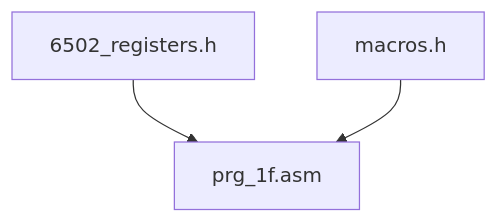
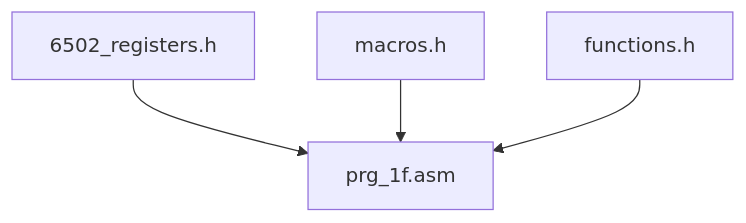
One commit to rabbyzero/sango2dasm changed the sixth of 6 diagrams in .qoder/repowiki/en/content/Hardware Abstraction Layer/PPU and APU Register Definitions.md. Above: the diagram before and after it, drawn with Mermaid. The commit also changed other lines of this file and 34 other files, not shown here.

````diff
--- a/.qoder/repowiki/en/content/Hardware Abstraction Layer/PPU and APU Register Definitions.md
+++ b/.qoder/repowiki/en/content/Hardware Abstraction Layer/PPU and APU Register Definitions.md
@@ -282,8 +321,10 @@
 ```mermaid
 graph TB
 REG["6502_registers.h"]
 MAC["macros.h"]
+FUNC["functions.h"]
 ASM["prg_1f.asm"]
 REG --> ASM
 MAC --> ASM
+FUNC --> ASM
 ```
````
